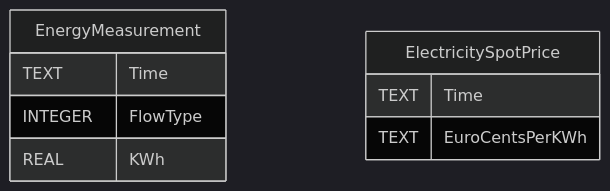
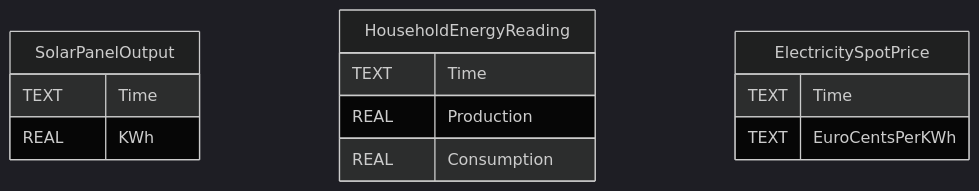
One commit to akolu/helios changed the fourth of 4 diagrams in README.md. Above: the diagram before and after it, drawn with Mermaid (dark theme). The commit also changed other lines of this file and 20 other files, not shown here.

````diff
--- a/README.md
+++ b/README.md
@@ -46,12 +61,16 @@
 ```mermaid
 erDiagram
-    EnergyMeasurement {
+    SolarPanelOutput {
         TEXT Time
-        INTEGER FlowType
         REAL KWh
+    }
+    HouseholdEnergyReading {
+        TEXT Time
+        REAL Production
+        REAL Consumption
     }
     ElectricitySpotPrice {
         TEXT Time
         TEXT EuroCentsPerKWh
     }
 ```
````
